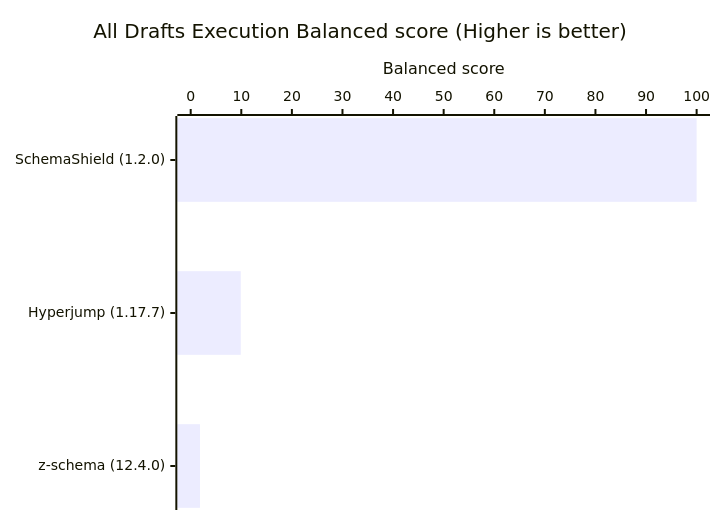
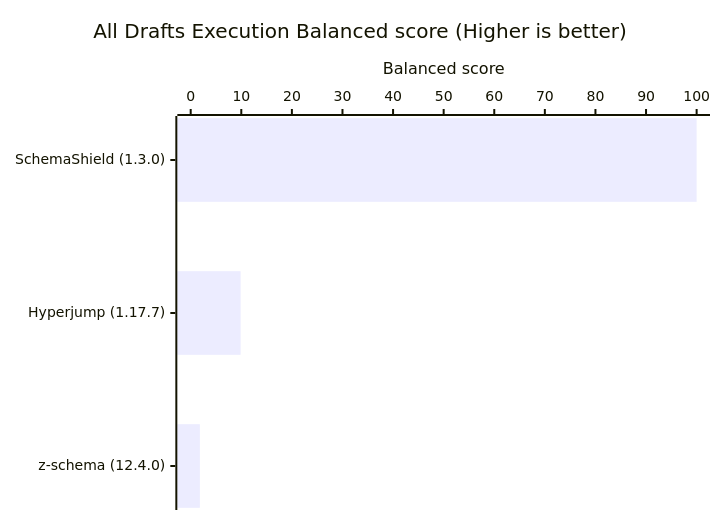
The sixth of 8 diagrams in README.md (Masquerade-Circus/json-schema-validator-bench), drawn with Mermaid before and after one commit. The commit also changed other lines of this file and 238 other files, not shown here.

````diff
--- a/README.md
+++ b/README.md
@@ -232,7 +232,7 @@
 ```mermaid
 xychart horizontal
     title "All Drafts Execution Balanced score (Higher is better)"
-    x-axis ["SchemaShield (1.2.0)", "Hyperjump (1.17.7)", "z-schema (12.4.0)"]
+    x-axis ["SchemaShield (1.3.0)", "Hyperjump (1.17.7)", "z-schema (12.4.0)"]
     y-axis "Balanced score" 0 --> 100
-    bar [100, 9.898, 1.831]
+    bar [100, 9.865, 1.809]
 ```
````
